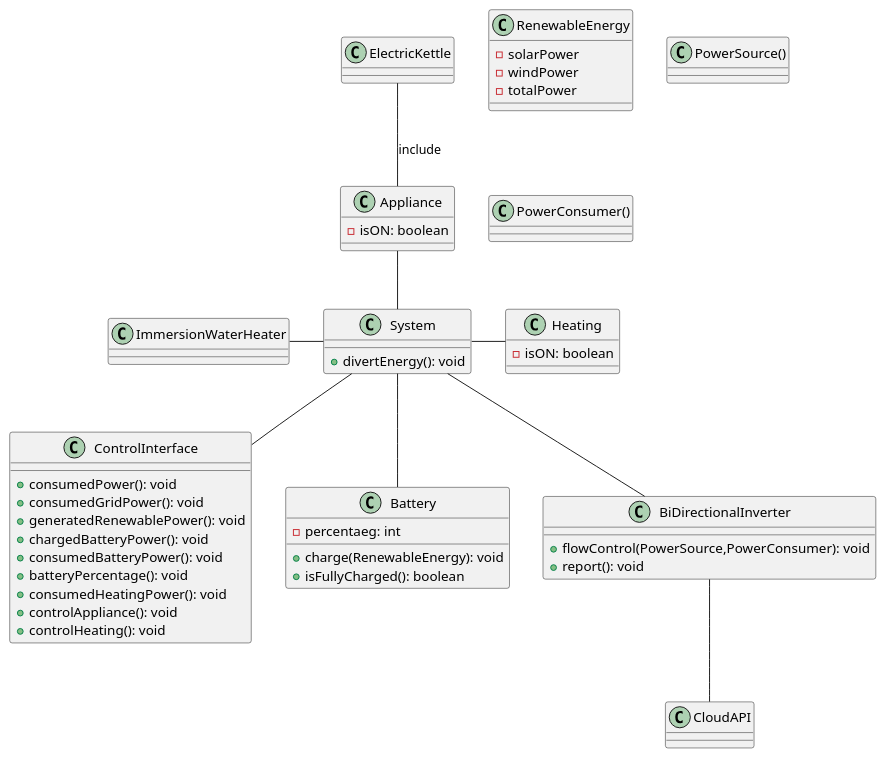
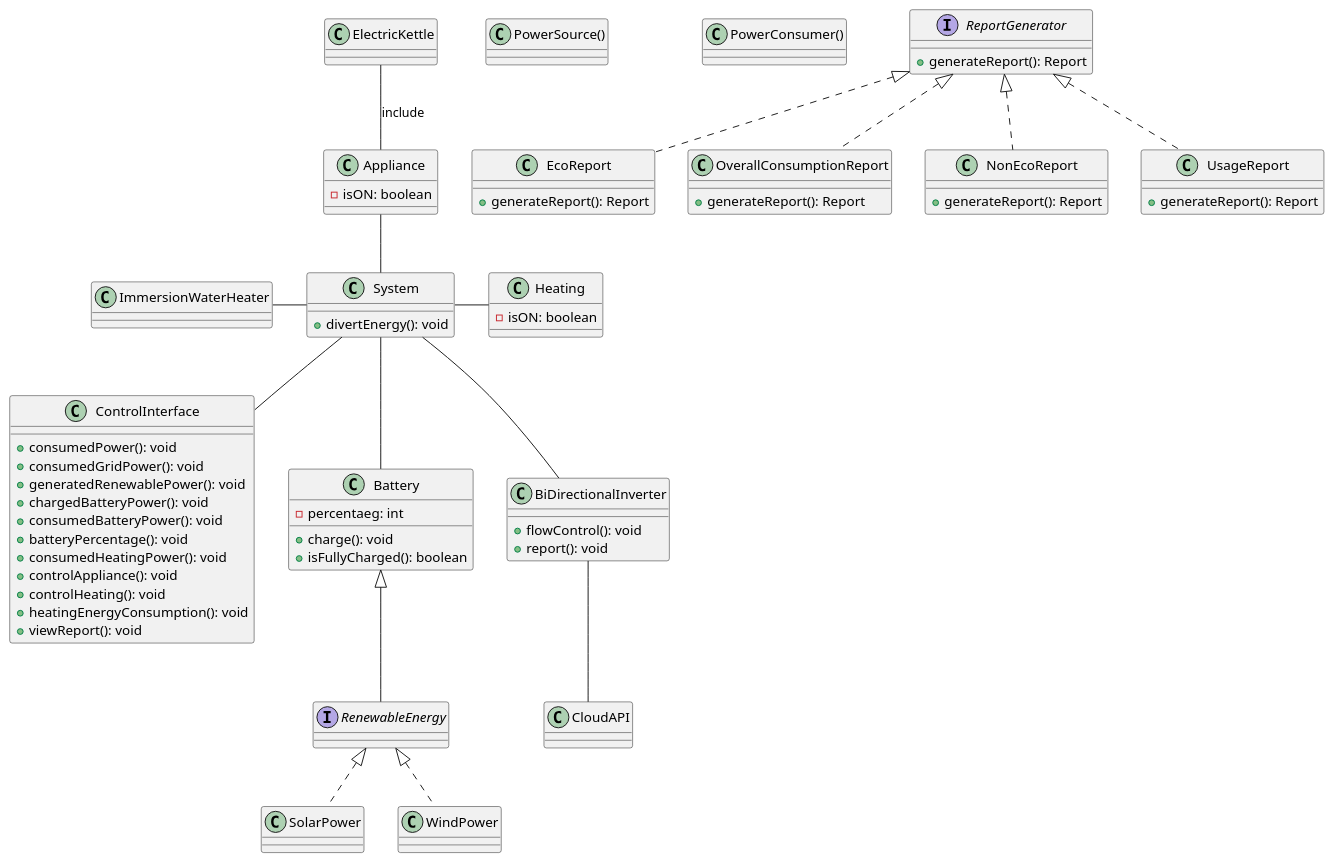
Before and after one commit to yudai-yam/204-Design-and-Architecture: the diagram in Year2/204. Software Design/Coursework/UML.plantUML, drawn with PlantUML.

Commit message:
half way through

```diff
--- a/Year2/204. Software Design/Coursework/UML.plantUML
+++ b/Year2/204. Software Design/Coursework/UML.plantUML
@@ -1,73 +1,119 @@
 @startuml Power Manager
 
 class System{
     + divertEnergy(): void
 }
 
 class ControlInterface{
     + consumedPower(): void
     + consumedGridPower(): void
     + generatedRenewablePower(): void
     + chargedBatteryPower(): void
     + consumedBatteryPower(): void 
     + batteryPercentage(): void
     + consumedHeatingPower(): void
     + controlAppliance(): void
     + controlHeating(): void
+    + heatingEnergyConsumption(): void
+    + viewReport(): void
 }
 
-class RenewableEnergy{
-    - solarPower
-    - windPower
-    - totalPower
+
+interface RenewableEnergy{
+
 }
+
+class SolarPower{
+
+}
+
+class WindPower{
+
+}
+
 
 class Battery{
     - percentaeg: int
 
-    + charge(RenewableEnergy): void
+    + charge(): void
     + isFullyCharged(): boolean
 }
 
 class PowerSource(){
 
 }
 
 class PowerConsumer(){
 
 }
 
 class BiDirectionalInverter{
-    + flowControl(PowerSource,PowerConsumer): void
+    + flowControl(): void
     + report(): void
 }
 
 class CloudAPI{
 
 }
 
 class ImmersionWaterHeater{
 
 }
 
 class Heating{
     - isON: boolean
 }
 
 class Appliance{
     - isON: boolean
 }
 
 class ElectricKettle{
 
 }
 
+
+
+interface ReportGenerator{
+    + generateReport(): Report
+}
+
+class EcoReport {
+    + generateReport(): Report
+}
+
+class OverallConsumptionReport{
+    + generateReport(): Report
+}
+
+class NonEcoReport {
+    + generateReport(): Report
+}
+
+class UsageReport{
+    + generateReport(): Report
+}
+ 
+
+
 System -- ControlInterface
 System -- Battery
 System -- BiDirectionalInverter
+Battery <|-- RenewableEnergy
+
+RenewableEnergy <|.. SolarPower
+RenewableEnergy <|.. WindPower
+
 BiDirectionalInverter -- CloudAPI
 System -r- Heating
 System -l- ImmersionWaterHeater
 Appliance -- System
 ElectricKettle -- Appliance :include
+
+ReportGenerator <|.. EcoReport
+ReportGenerator <|.. NonEcoReport
+ReportGenerator <|.. OverallConsumptionReport
+ReportGenerator <|.. UsageReport
+
+
 @enduml
```
